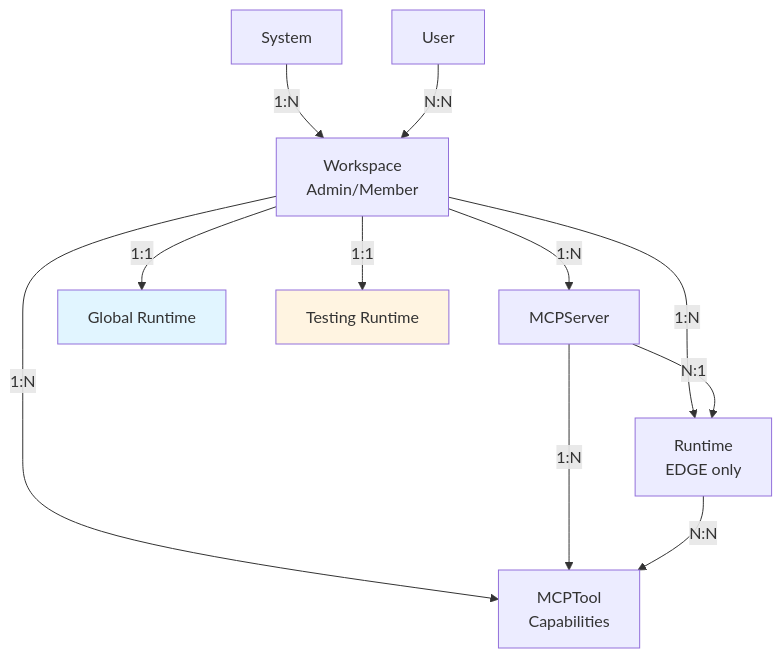
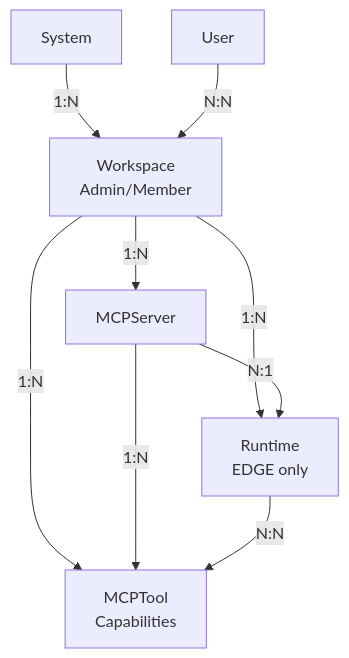
The diagram in packages/doc/content/docs/deep-dive/database-schema.mdx (AlpinAI/2ly), drawn with Mermaid before and after one commit. The commit also changed other lines of this file and 129 other files, not shown here.

````diff
--- a/packages/doc/content/docs/deep-dive/database-schema.mdx
+++ b/packages/doc/content/docs/deep-dive/database-schema.mdx
@@ -163,19 +161,14 @@
 ```mermaid
 graph TB
     System -->|1:N| Workspace
     Workspace -->|1:N| Runtime
     Workspace -->|1:N| MCPServer
     Workspace -->|1:N| MCPTool
-    Workspace -->|1:1| GlobalRuntime[Global Runtime]
-    Workspace -->|1:1| TestingRuntime[Testing Runtime]
 
     MCPServer -->|1:N| MCPTool
     MCPServer -->|N:1| Runtime[Runtime<br/>EDGE only]
 
     Runtime -->|N:N| MCPTool[MCPTool<br/>Capabilities]
 
     User -->|N:N| Workspace[Workspace<br/>Admin/Member]
-
-    style GlobalRuntime fill:#e1f5ff
-    style TestingRuntime fill:#fff4e1
 ```
````
